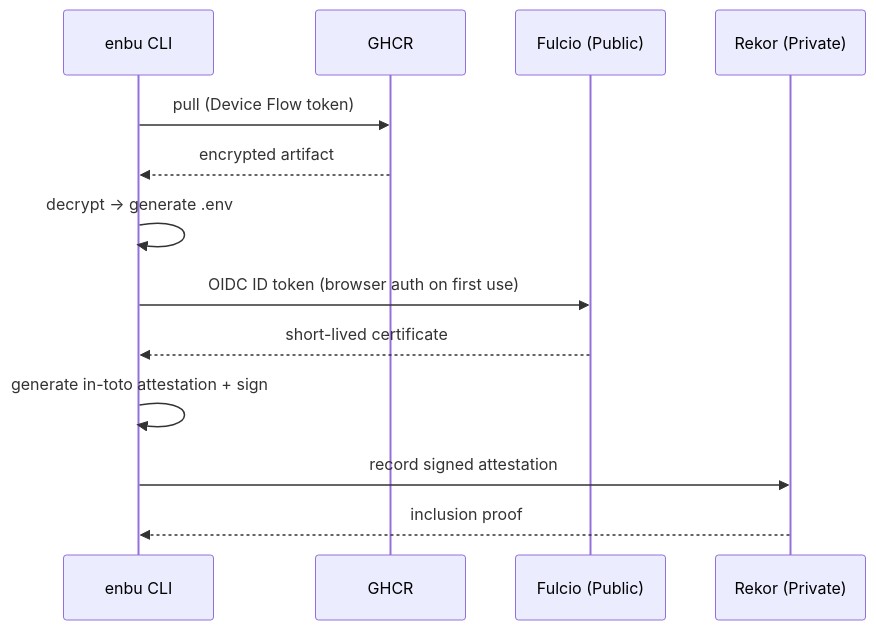
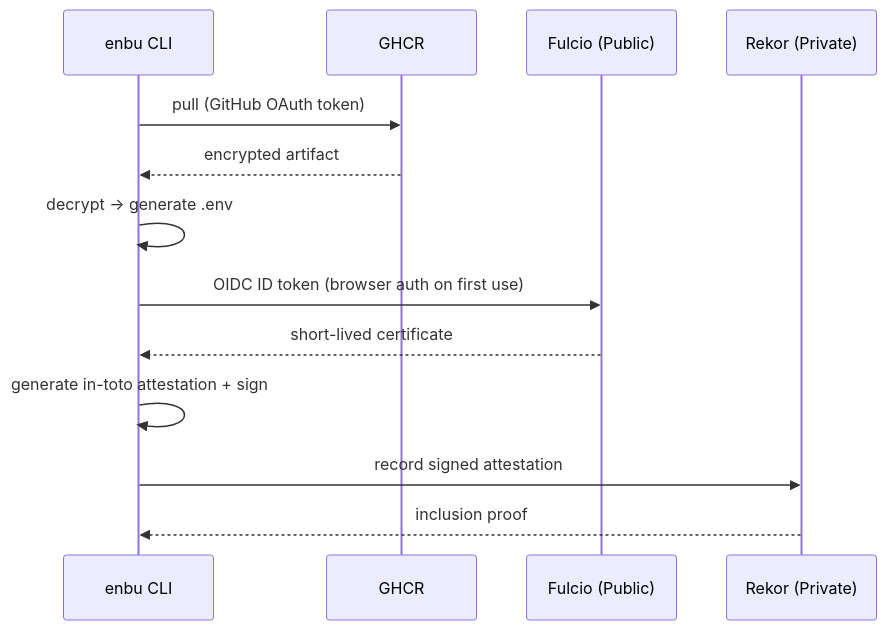
One commit to yashikota/enbu changed the second of 2 diagrams in docs/design/audit.md. Above: the diagram before and after it, drawn with Mermaid. The commit also changed other lines of this file and 28 other files, not shown here.

Commit message:
Migrate GitHub authentication to OAuth code flow (#36)

````diff
--- a/docs/design/audit.md
+++ b/docs/design/audit.md
@@ -64,16 +64,16 @@
 ```mermaid
 sequenceDiagram
     participant CLI as enbu CLI
     participant GHCR as GHCR
     participant Fulcio as Fulcio (Public)
     participant Rekor as Rekor (Private)
 
-    CLI->>GHCR: pull (Device Flow token)
+    CLI->>GHCR: pull (GitHub OAuth token)
     GHCR-->>CLI: encrypted artifact
     CLI->>CLI: decrypt → generate .env
     CLI->>Fulcio: OIDC ID token (browser auth on first use)
     Fulcio-->>CLI: short-lived certificate
     CLI->>CLI: generate in-toto attestation + sign
     CLI->>Rekor: record signed attestation
     Rekor-->>CLI: inclusion proof
 ```
````
